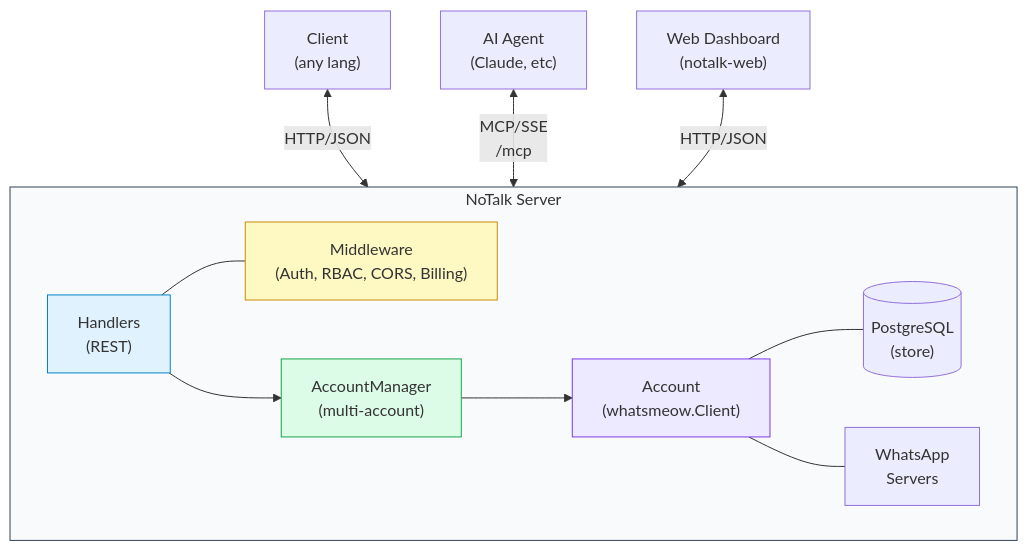
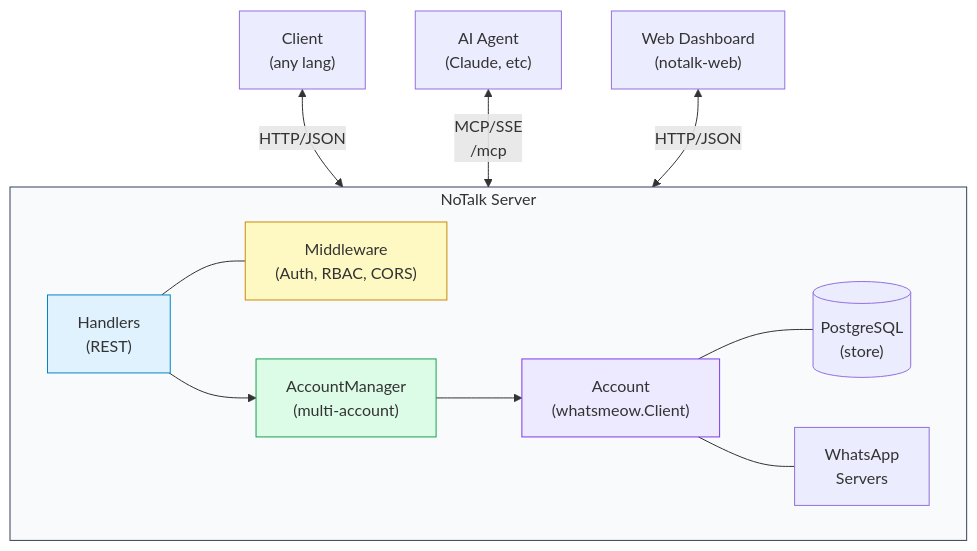
Before and after one commit to devstroop/notalk-server: the first of 4 diagrams in docs/architecture.md, drawn with Mermaid. The commit also changed other lines of this file and 21 other files, not shown here.

````diff
--- a/docs/architecture.md
+++ b/docs/architecture.md
@@ -7,20 +7,20 @@
 ```mermaid
 flowchart TB
     Client["Client<br/>(any lang)"] <-->|HTTP/JSON| Server
     Agent["AI Agent<br/>(Claude, etc)"] <-->|MCP/SSE<br/>/mcp| Server
     Web["Web Dashboard<br/>(notalk-web)"] <-->|HTTP/JSON| Server
 
     subgraph Server["NoTalk Server"]
-        Handlers["Handlers<br/>(REST)"] --- Middleware["Middleware<br/>(Auth, RBAC, CORS, Billing)"]
+        Handlers["Handlers<br/>(REST)"] --- Middleware["Middleware<br/>(Auth, RBAC, CORS)"]
         Handlers --> AccountManager["AccountManager<br/>(multi-account)"]
         AccountManager --> Account["Account<br/>(whatsmeow.Client)"]
         Account --- PG[("PostgreSQL<br/>(store)")]
         Account --- WA["WhatsApp<br/>Servers"]
     end
 
     style Server fill:#f8fafc,stroke:#334155
     style Handlers fill:#e0f2fe,stroke:#0284c7
     style Middleware fill:#fef9c3,stroke:#ca8a04
     style AccountManager fill:#dcfce7,stroke:#16a34a
     style Account fill:#ede9fe,stroke:#7c3aed
 ```
````
